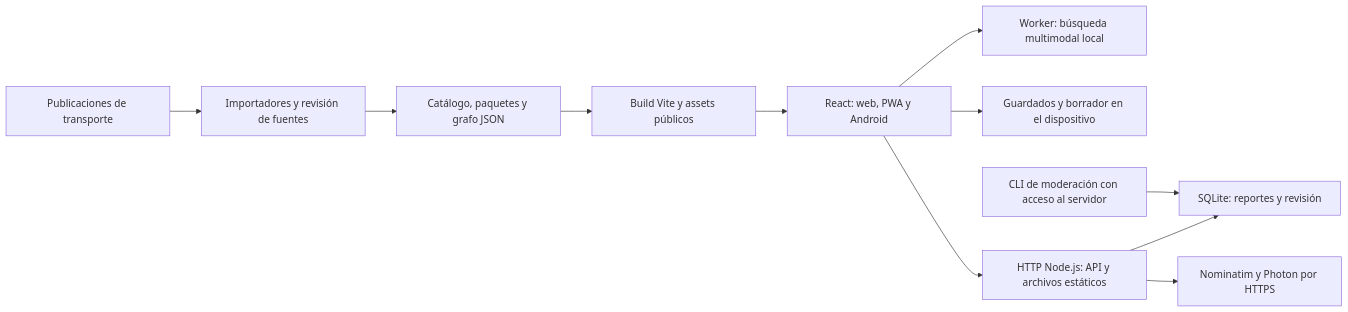
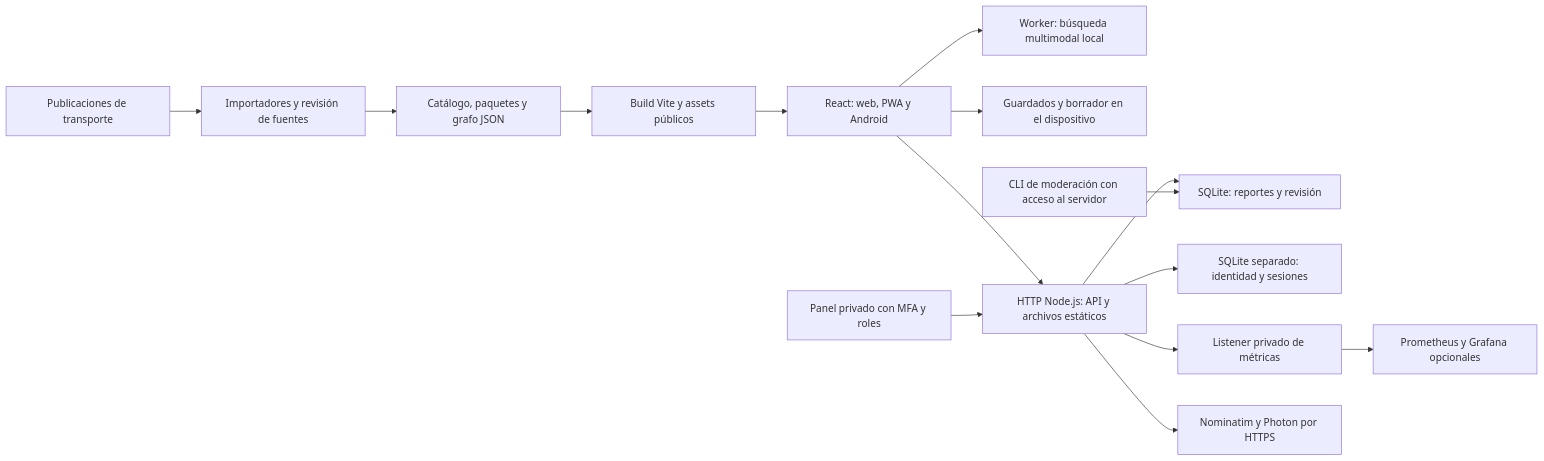
Before and after one commit to GioMax102/RegioMovil: the diagram in docs/especificacion-tecnica.md, drawn with Mermaid. The commit also changed other lines of this file and 58 other files, not shown here.

````diff
--- a/docs/especificacion-tecnica.md
+++ b/docs/especificacion-tecnica.md
@@ -24,13 +24,17 @@
 ```mermaid
 flowchart LR
   Sources["Publicaciones de transporte"] --> Imports["Importadores y revisión de fuentes"]
   Imports --> Data["Catálogo, paquetes y grafo JSON"]
   Data --> Build["Build Vite y assets públicos"]
   Build --> Client["React: web, PWA y Android"]
   Client --> Worker["Worker: búsqueda multimodal local"]
   Client --> Local["Guardados y borrador en el dispositivo"]
   Client --> API["HTTP Node.js: API y archivos estáticos"]
   API --> SQLite["SQLite: reportes y revisión"]
+  Admin["Panel privado con MFA y roles"] --> API
+  API --> Identity["SQLite separado: identidad y sesiones"]
+  API --> Metrics["Listener privado de métricas"]
+  Metrics --> Monitoring["Prometheus y Grafana opcionales"]
   CLI["CLI de moderación con acceso al servidor"] --> SQLite
   API --> Places["Nominatim y Photon por HTTPS"]
 ```
````
